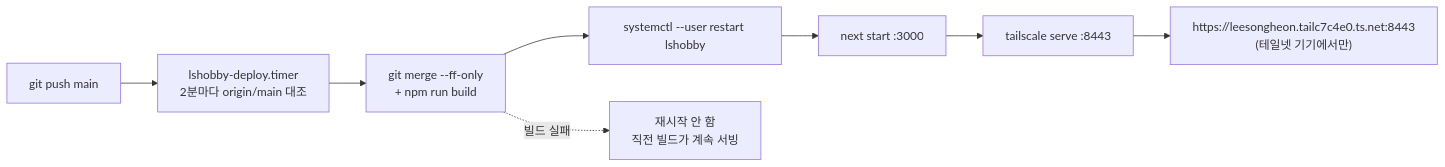
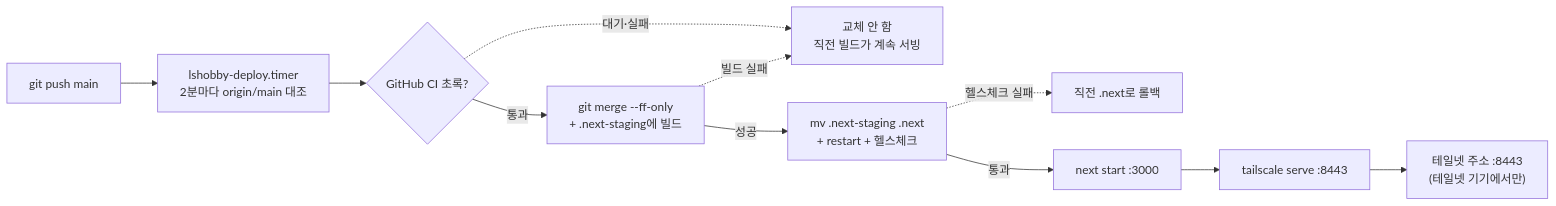
Before and after one commit to LeeSongHeon-LSH/LSHobby: the third of 3 diagrams in docs/16-infra.md, drawn with Mermaid. The commit also changed other lines of this file and 17 other files, not shown here.

````diff
--- a/docs/16-infra.md
+++ b/docs/16-infra.md
@@ -98,10 +98,13 @@
 ```mermaid
 flowchart LR
     A[git push main] --> T["lshobby-deploy.timer<br/>2분마다 origin/main 대조"]
-    T --> B["git merge --ff-only<br/>+ npm run build"]
-    B --> C["systemctl --user restart lshobby"]
-    C --> D["next start :3000"]
+    T --> CI{"GitHub CI 초록?"}
+    CI -. 대기·실패 .-> G["교체 안 함<br/>직전 빌드가 계속 서빙"]
+    CI -- 통과 --> B["git merge --ff-only<br/>+ .next-staging에 빌드"]
+    B -. 빌드 실패 .-> G
+    B -- 성공 --> S["mv .next-staging .next<br/>+ restart + 헬스체크"]
+    S -. 헬스체크 실패 .-> R["직전 .next로 롤백"]
+    S -- 통과 --> D["next start :3000"]
     D --> E["tailscale serve :8443"]
-    E --> F["https://leesongheon.tailc7c4e0.ts.net:8443<br/>(테일넷 기기에서만)"]
-    B -. 빌드 실패 .-> G["재시작 안 함<br/>직전 빌드가 계속 서빙"]
+    E --> F["테일넷 주소 :8443<br/>(테일넷 기기에서만)"]
 ```
````
